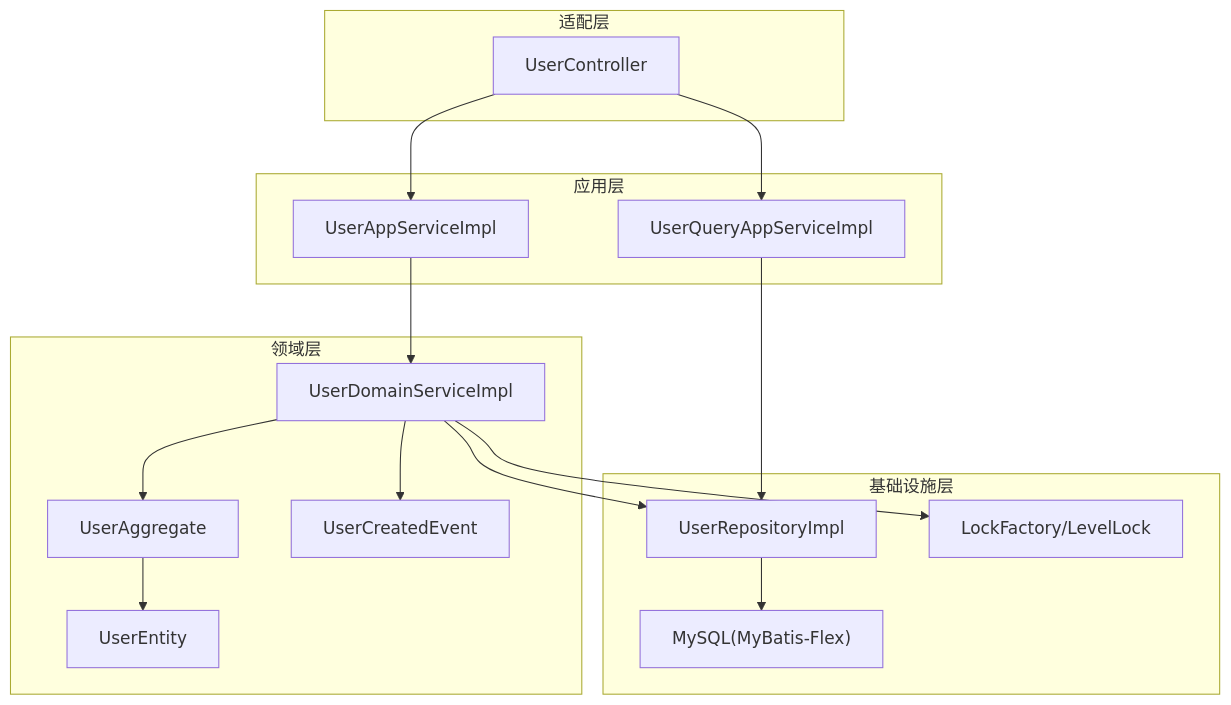
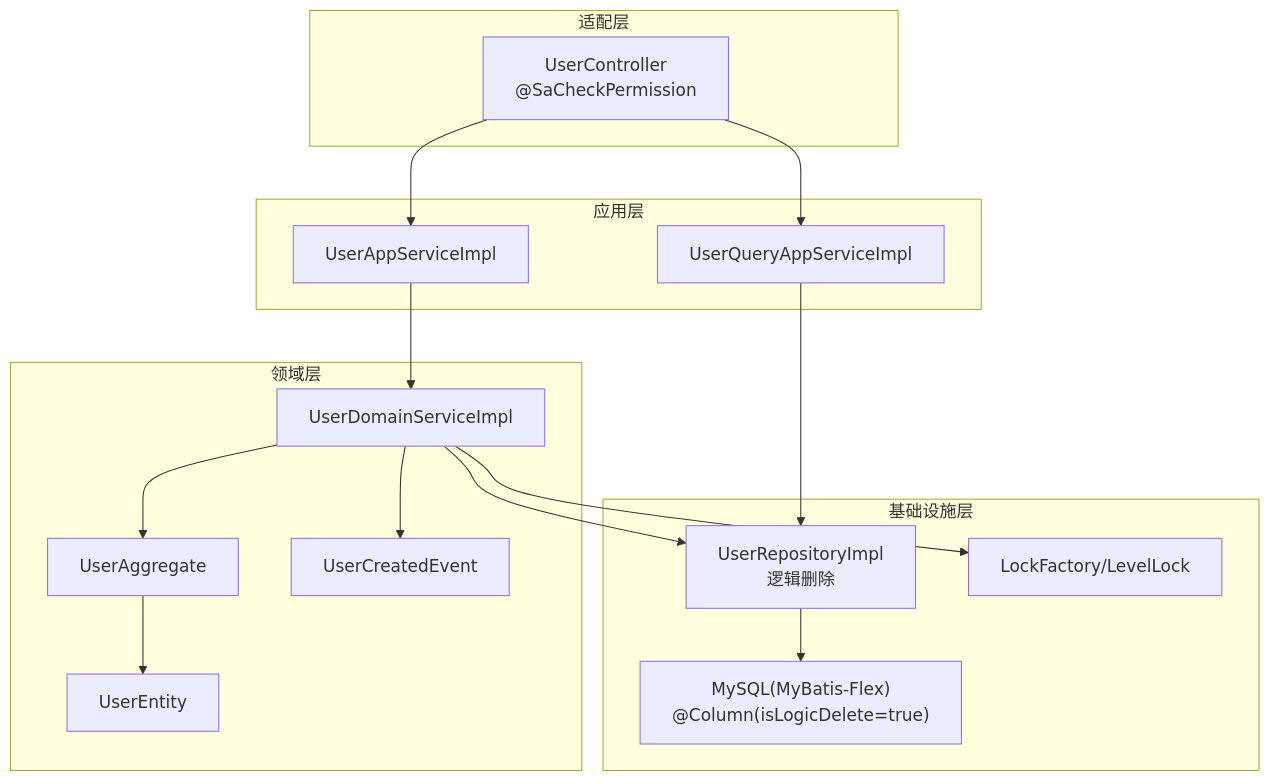
Before and after one commit to sunnaoxixi/spring-ddd-template: the first of 10 diagrams in .qoder/repowiki/zh/content/核心业务模块/用户管理模块.md, drawn with Mermaid. The commit also changed other lines of this file and 91 other files, not shown here.

````diff
--- a/.qoder/repowiki/zh/content/核心业务模块/用户管理模块.md
+++ b/.qoder/repowiki/zh/content/核心业务模块/用户管理模块.md
@@ -45,31 +55,31 @@
 ```mermaid
 graph TB
 subgraph "适配层"
-C["UserController"]
+C["UserController<br/>@SaCheckPermission"]
 end
 subgraph "应用层"
 A1["UserAppServiceImpl"]
 A2["UserQueryAppServiceImpl"]
 end
 subgraph "领域层"
 D1["UserDomainServiceImpl"]
 AGG["UserAggregate"]
 ENT["UserEntity"]
 EVT["UserCreatedEvent"]
 end
 subgraph "基础设施层"
-R["UserRepositoryImpl"]
+R["UserRepositoryImpl<br/>逻辑删除"]
 L["LockFactory/LevelLock"]
-DB["MySQL(MyBatis-Flex)"]
+DB["MySQL(MyBatis-Flex)<br/>@Column(isLogicDelete=true)"]
 end
 C --> A1
 C --> A2
 A1 --> D1
 A2 --> R
 D1 --> AGG
 AGG --> ENT
 D1 --> R
 D1 --> L
 D1 --> EVT
 R --> DB
 ```
````
